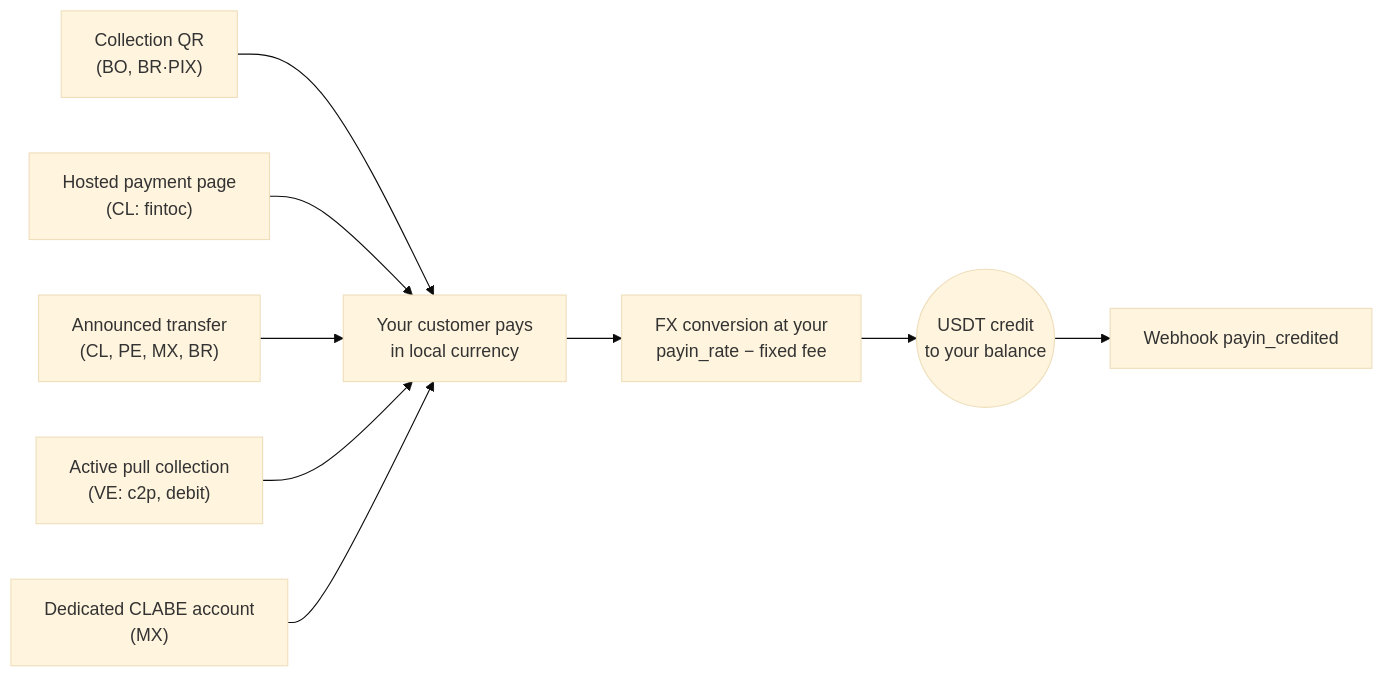
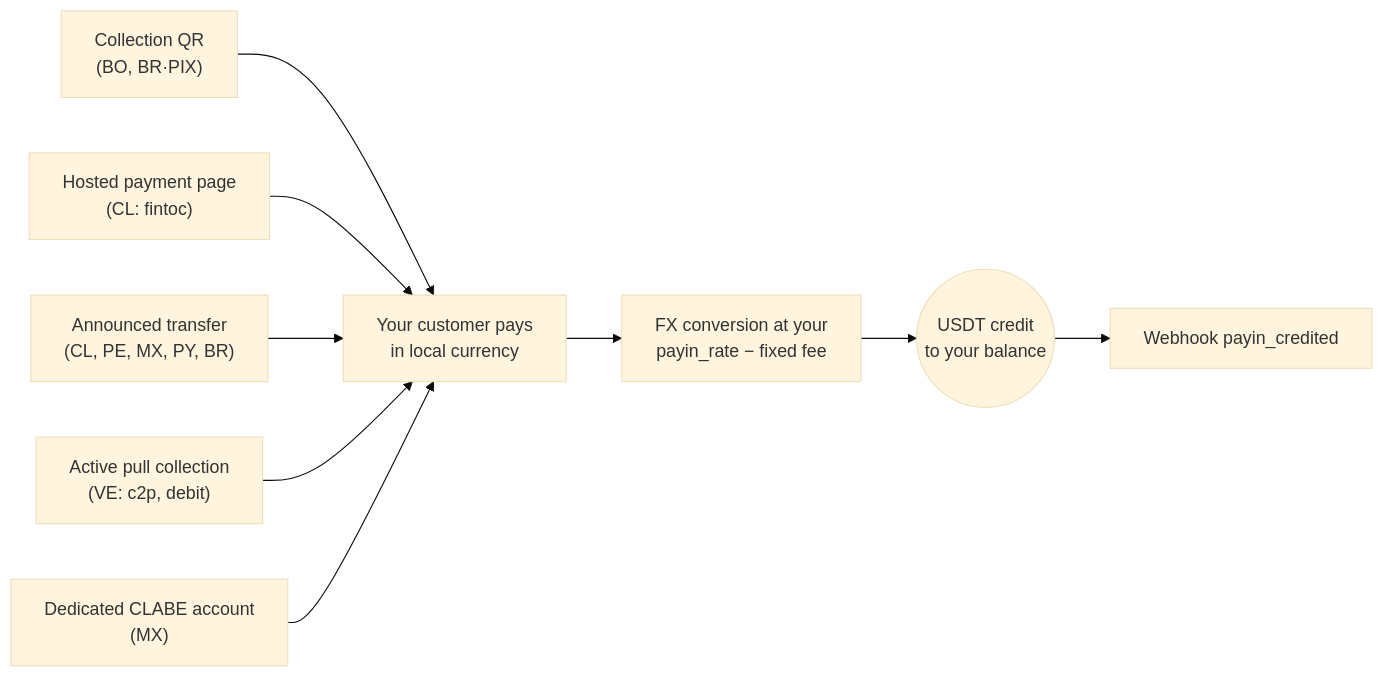
One commit to SaturoS17/docs changed the diagram in en/guides/payins.mdx. Above: the diagram before and after it, drawn with Mermaid (base theme). The commit also changed other lines of this file and 9 other files, not shown here.

````diff
--- a/en/guides/payins.mdx
+++ b/en/guides/payins.mdx
@@ -15,11 +15,11 @@
 ```mermaid
 flowchart LR
     qr["Collection QR<br/>(BO, BR·PIX)"] --> pay["Your customer pays<br/>in local currency"]
     hosted["Hosted payment page<br/>(CL: fintoc)"] --> pay
-    announced["Announced transfer<br/>(CL, PE, MX, BR)"] --> pay
+    announced["Announced transfer<br/>(CL, PE, MX, PY, BR)"] --> pay
     pull["Active pull collection<br/>(VE: c2p, debit)"] --> pay
     clabe["Dedicated CLABE account<br/>(MX)"] --> pay
     pay --> conv["FX conversion at your<br/>payin_rate − fixed fee"]
     conv --> credit(("USDT credit<br/>to your balance"))
     credit --> wh["Webhook payin_credited"]
 ```
````
